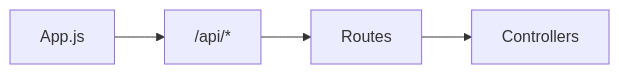
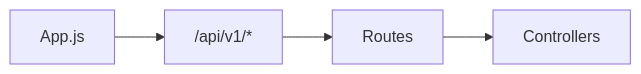
One commit to Syntel-Labs/study-task-insights changed the diagram in docs/code/server/routes/README.md. Above: the diagram before and after it, drawn with Mermaid. The commit also changed other lines of this file and 29 other files, not shown here.

````diff
--- a/docs/code/server/routes/README.md
+++ b/docs/code/server/routes/README.md
@@ -19,4 +23,4 @@
 ```mermaid
 flowchart LR
-  App.js --> /api/* --> Routes --> Controllers
+  App.js --> /api/v1/* --> Routes --> Controllers
 ```
````
